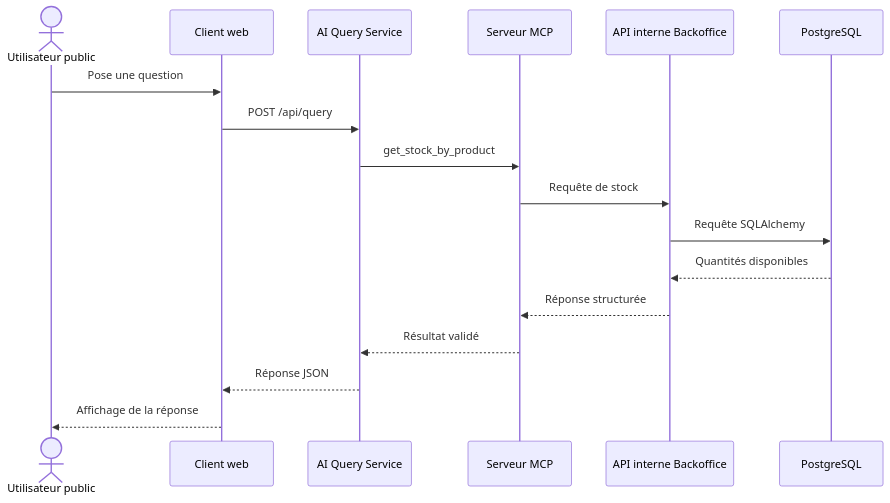
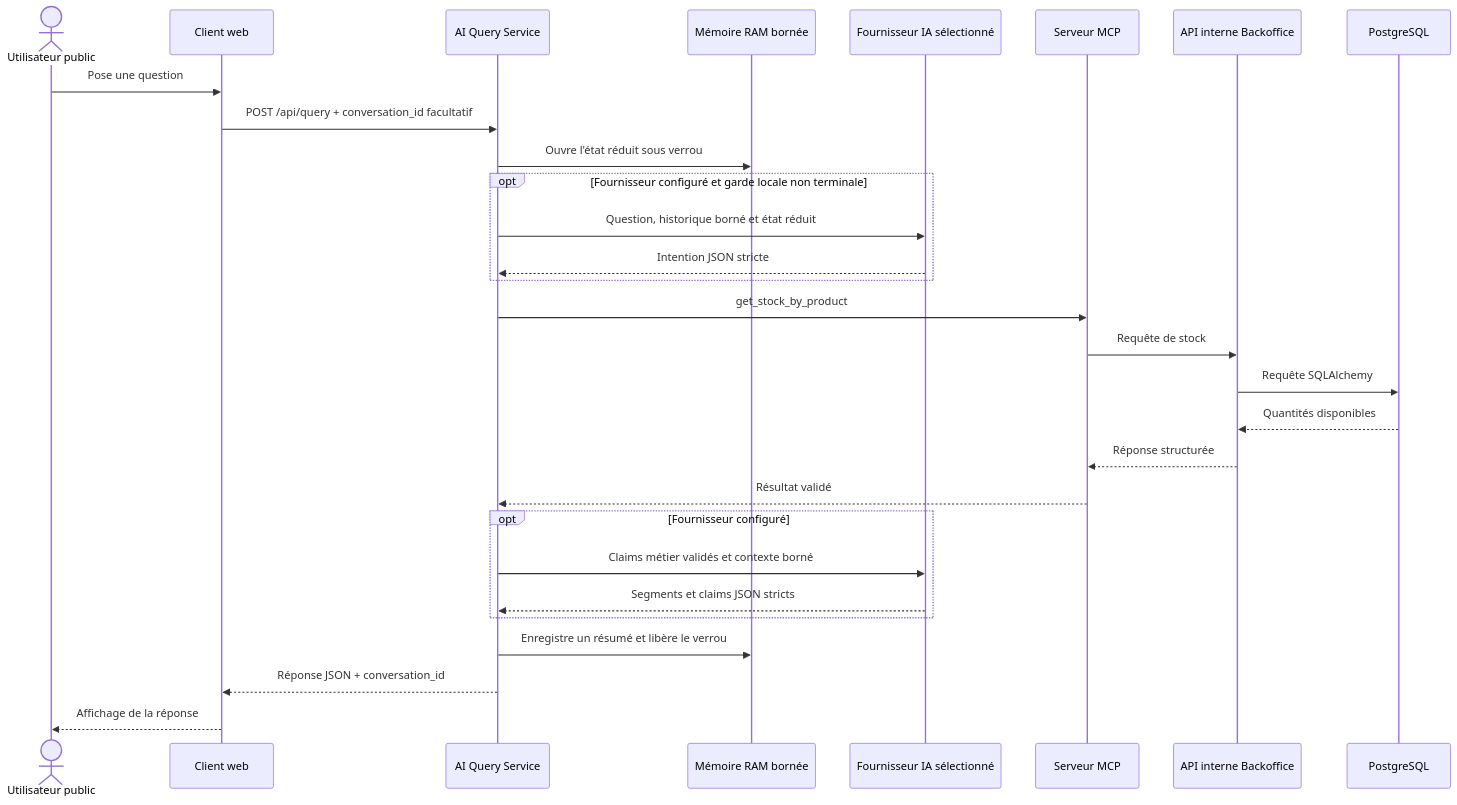
The second of 2 diagrams in docs/architecture.md (John-Natty/holbertonschool-hbntory), drawn with Mermaid before and after one commit. The commit also changed other lines of this file and 67 other files, not shown here.

````diff
--- a/docs/architecture.md
+++ b/docs/architecture.md
@@ -430,20 +486,32 @@
 ```mermaid
 sequenceDiagram
     actor User as Utilisateur public
     participant Client as Client web
     participant AI as AI Query Service
+    participant Memory as Mémoire RAM bornée
+    participant Model as Fournisseur IA sélectionné
     participant MCP as Serveur MCP
     participant Backoffice as API interne Backoffice
     participant DB as PostgreSQL
 
     User->>Client: Pose une question
-    Client->>AI: POST /api/query
+    Client->>AI: POST /api/query + conversation_id facultatif
+    AI->>Memory: Ouvre l'état réduit sous verrou
+    opt Fournisseur configuré et garde locale non terminale
+        AI->>Model: Question, historique borné et état réduit
+        Model-->>AI: Intention JSON stricte
+    end
     AI->>MCP: get_stock_by_product
     MCP->>Backoffice: Requête de stock
     Backoffice->>DB: Requête SQLAlchemy
     DB-->>Backoffice: Quantités disponibles
     Backoffice-->>MCP: Réponse structurée
     MCP-->>AI: Résultat validé
-    AI-->>Client: Réponse JSON
+    opt Fournisseur configuré
+        AI->>Model: Claims métier validés et contexte borné
+        Model-->>AI: Segments et claims JSON stricts
+    end
+    AI->>Memory: Enregistre un résumé et libère le verrou
+    AI-->>Client: Réponse JSON + conversation_id
     Client-->>User: Affichage de la réponse
 ```
````
